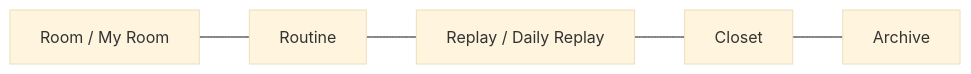
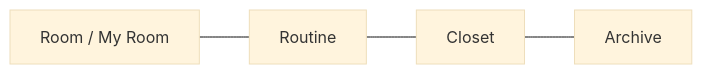
The second of 3 diagrams in docs/product/screen-flow.md (RealOil/Roonary), drawn with Mermaid (base theme) before and after one commit. The commit also changed other lines of this file and 6 other files, not shown here.

````diff
--- a/docs/product/screen-flow.md
+++ b/docs/product/screen-flow.md
@@ -59,7 +56,6 @@
 ```mermaid
 flowchart LR
   Room["Room / My Room"] --- Routine["Routine"]
-  Routine --- Replay["Replay / Daily Replay"]
-  Replay --- Closet["Closet"]
+  Routine --- Closet["Closet"]
   Closet --- Archive["Archive"]
 ```
````
